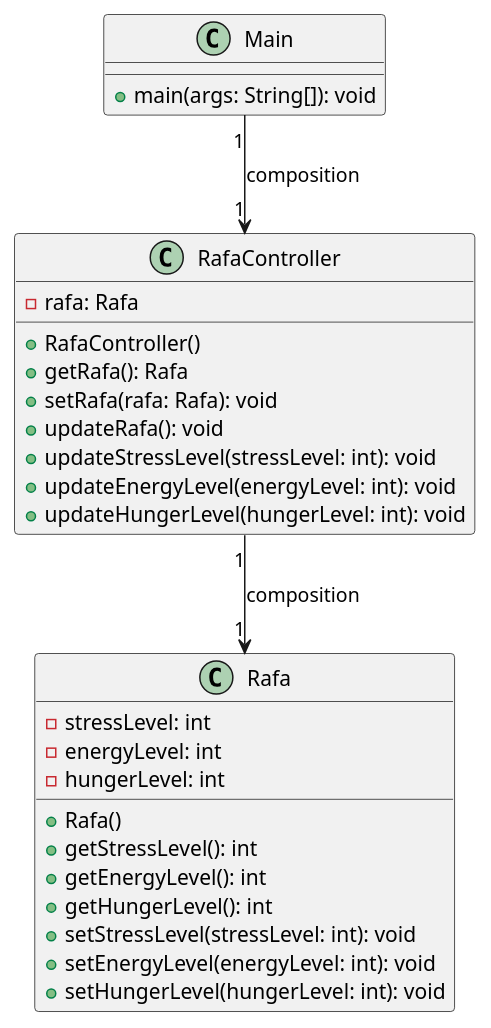
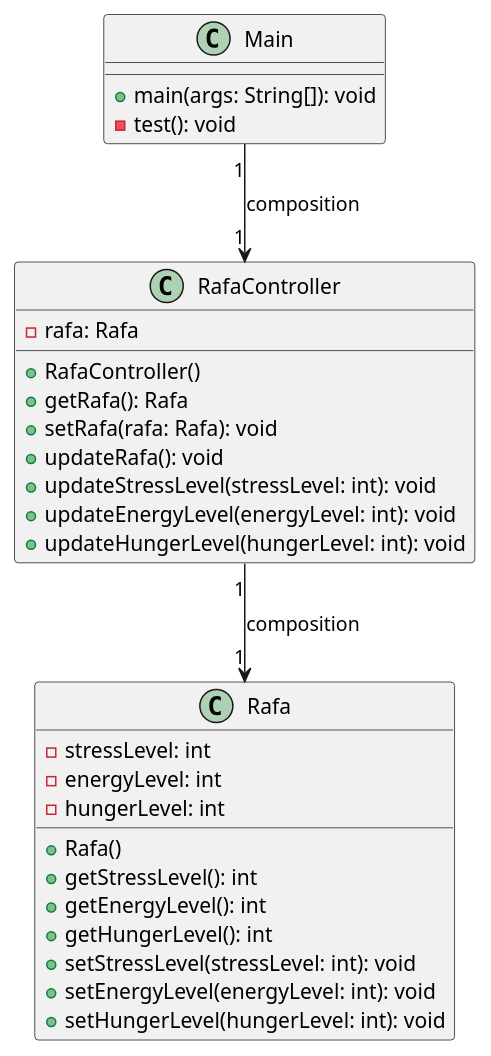
One commit to Maduki-tech/PumlPreview.nvim changed the diagram in test.puml. Above: the diagram before and after it, drawn with PlantUML. The commit also changed 3 other files, not shown here.

Commit message:
Added auto refresh to diagram in text form

```diff
--- a/test.puml
+++ b/test.puml
@@ -1,38 +1,39 @@
 @startuml
 
 class Main {
     + main(args: String[]): void
+    - test(): void
 }
 
 class Rafa{
     - stressLevel: int
     - energyLevel: int
     - hungerLevel: int
 
     + Rafa()
     + getStressLevel(): int
     + getEnergyLevel(): int
     + getHungerLevel(): int
     + setStressLevel(stressLevel: int): void
     + setEnergyLevel(energyLevel: int): void
     + setHungerLevel(hungerLevel: int): void
     
 }
 
 class RafaController {
     - rafa: Rafa
 
     + RafaController()
     + getRafa(): Rafa
     + setRafa(rafa: Rafa): void
     + updateRafa(): void
     + updateStressLevel(stressLevel: int): void
     + updateEnergyLevel(energyLevel: int): void
     + updateHungerLevel(hungerLevel: int): void
 }
 
 RafaController "1" --> "1" Rafa : composition
 Main "1" --> "1" RafaController : composition
 
 
 @enduml
```
